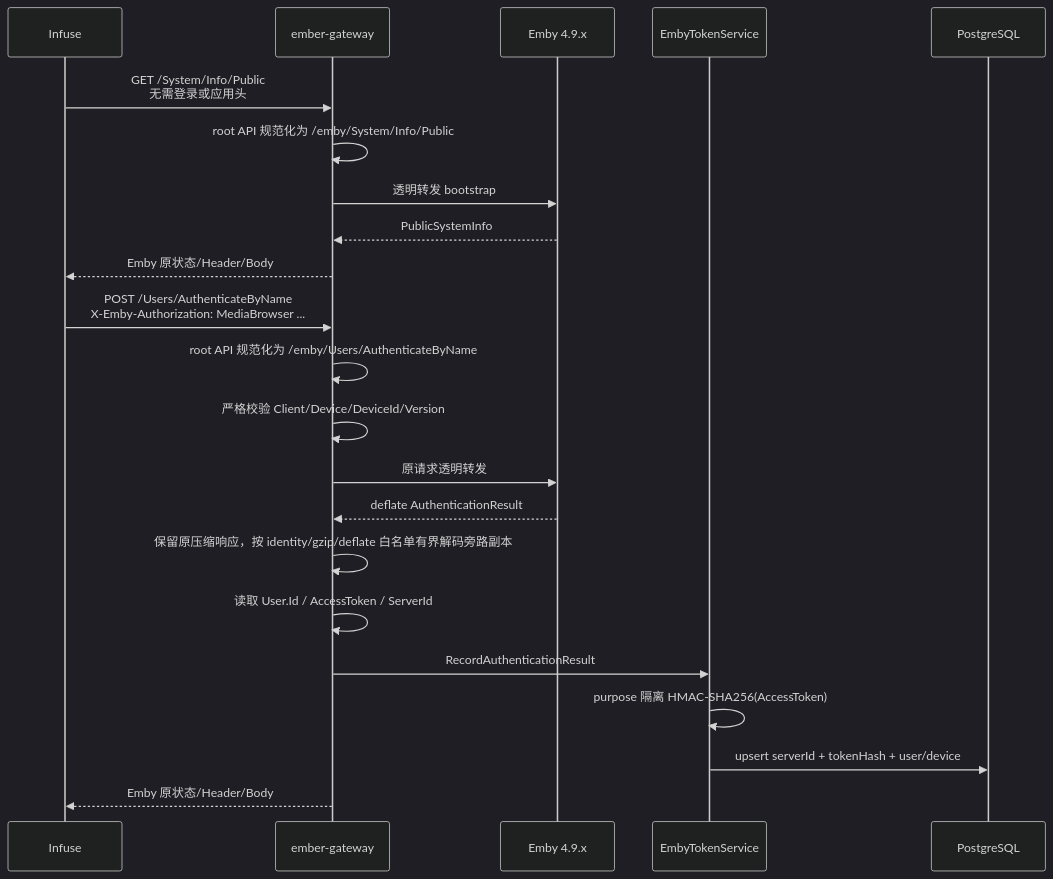
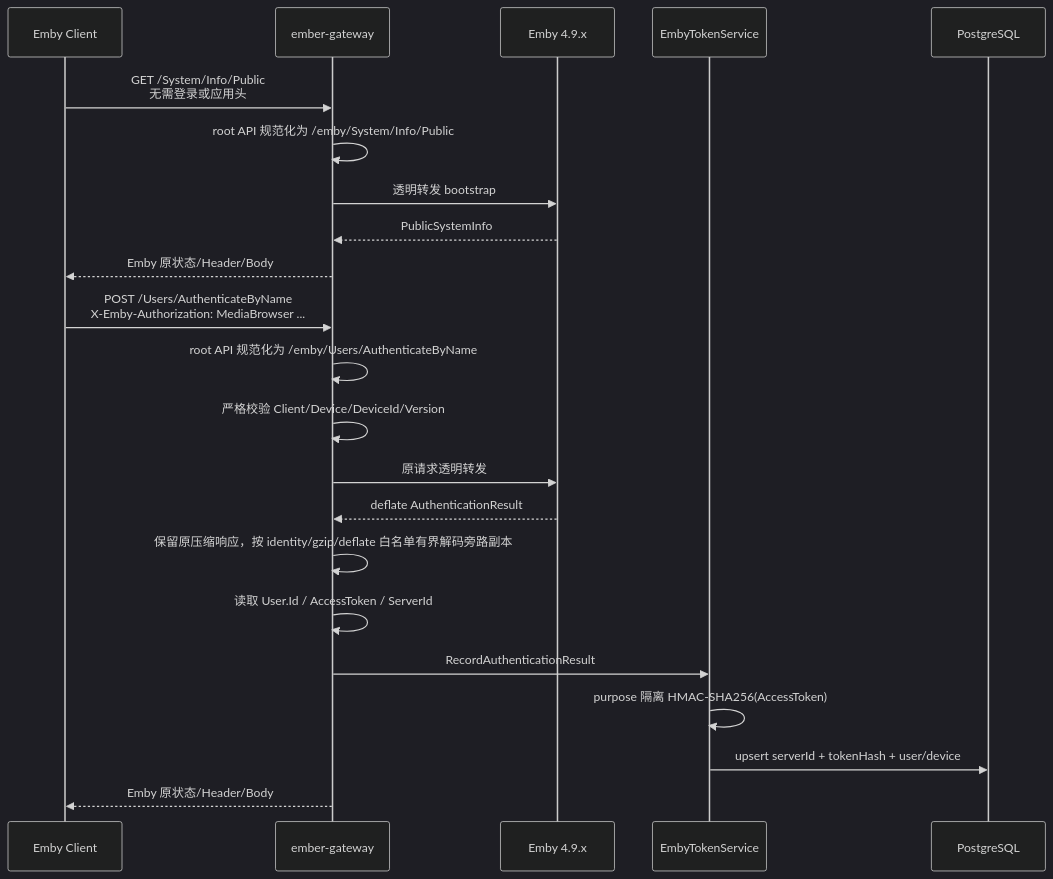
Before and after one commit to konghanghang/ember: the fourth of 8 diagrams in docs/reference/p115-playback-end-to-end-flow.md, drawn with Mermaid (dark theme). The commit also changed other lines of this file and 17 other files, not shown here.

````diff
--- a/docs/reference/p115-playback-end-to-end-flow.md
+++ b/docs/reference/p115-playback-end-to-end-flow.md
@@ -153,25 +153,25 @@
 ```mermaid
 sequenceDiagram
-    participant Client as Infuse
+    participant Client as Emby Client
     participant Gateway as ember-gateway
     participant Emby as Emby 4.9.x
     participant Token as EmbyTokenService
     participant DB as PostgreSQL
 
     Client->>Gateway: GET /System/Info/Public<br/>无需登录或应用头
     Gateway->>Gateway: root API 规范化为 /emby/System/Info/Public
     Gateway->>Emby: 透明转发 bootstrap
     Emby-->>Gateway: PublicSystemInfo
     Gateway-->>Client: Emby 原状态/Header/Body
     Client->>Gateway: POST /Users/AuthenticateByName<br/>X-Emby-Authorization: MediaBrowser ...
     Gateway->>Gateway: root API 规范化为 /emby/Users/AuthenticateByName
     Gateway->>Gateway: 严格校验 Client/Device/DeviceId/Version
     Gateway->>Emby: 原请求透明转发
     Emby-->>Gateway: deflate AuthenticationResult
     Gateway->>Gateway: 保留原压缩响应，按 identity/gzip/deflate 白名单有界解码旁路副本
     Gateway->>Gateway: 读取 User.Id / AccessToken / ServerId
     Gateway->>Token: RecordAuthenticationResult
     Token->>Token: purpose 隔离 HMAC-SHA256(AccessToken)
     Token->>DB: upsert serverId + tokenHash + user/device
     Gateway-->>Client: Emby 原状态/Header/Body
 ```
````
